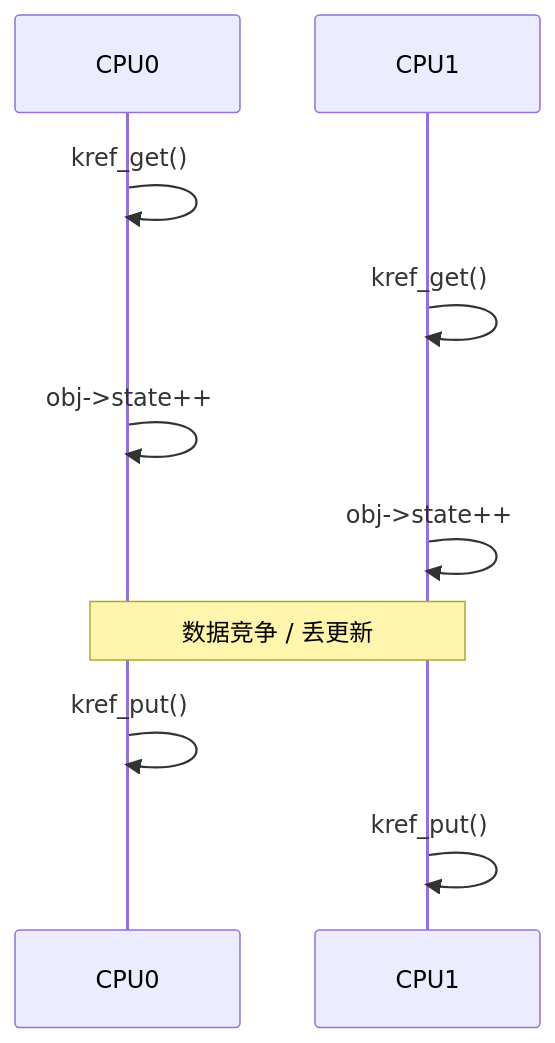
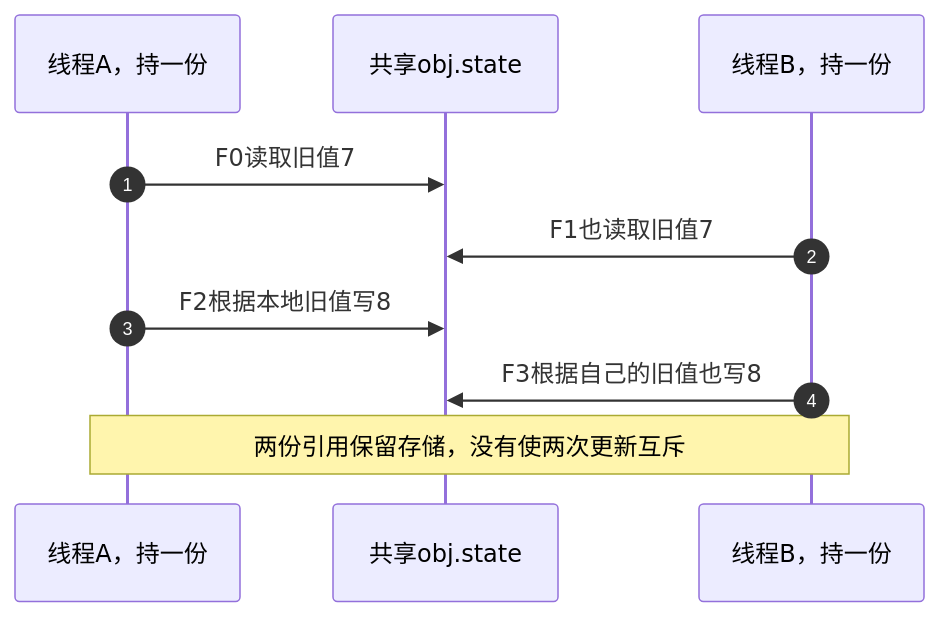
One commit to FormingSystem/linux_note changed the ninth of 15 diagrams in knowledge/linux/object_lifetime/kref/P12_典型错误模式与调试线索.md. Above: the diagram before and after it, drawn with Mermaid. The commit also changed other lines of this file and 12 other files, not shown here.

````diff
--- a/knowledge/linux/object_lifetime/kref/P12_典型错误模式与调试线索.md
+++ b/knowledge/linux/object_lifetime/kref/P12_典型错误模式与调试线索.md
@@ -830,16 +813,12 @@
 ```mermaid
 sequenceDiagram
-    participant CPU0 as CPU0
-    participant CPU1 as CPU1
-
-    CPU0->>CPU0: kref_get()
-    CPU1->>CPU1: kref_get()
-
-    CPU0->>CPU0: obj->state++
-    CPU1->>CPU1: obj->state++
-
-    Note over CPU0,CPU1: 数据竞争 / 丢更新
-
-    CPU0->>CPU0: kref_put()
-    CPU1->>CPU1: kref_put()
+    autonumber
+    participant A as 线程A，持一份
+    participant S as 共享obj.state
+    participant B as 线程B，持一份
+    A->>S: F0读取旧值7
+    B->>S: F1也读取旧值7
+    A->>S: F2根据本地旧值写8
+    B->>S: F3根据自己的旧值也写8
+    Note over A,B: 两份引用保留存储，没有使两次更新互斥
 ```
````
